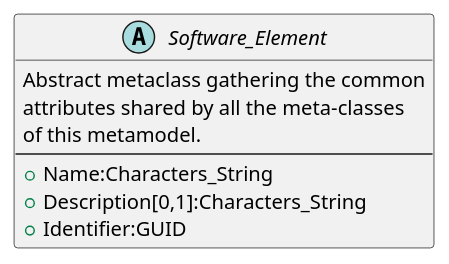
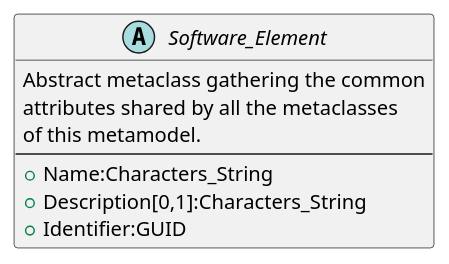
One commit to SanteyneEmbeddedSystems/Embedded_Software_Metamodel changed the diagram in Common_Elements/Metaclass_Software_Element.puml. Above: the diagram before and after it, drawn with PlantUML.

```diff
--- a/Common_Elements/Metaclass_Software_Element.puml
+++ b/Common_Elements/Metaclass_Software_Element.puml
@@ -1,14 +1,14 @@
 @startuml
 
 abstract class Software_Element
 {
   Abstract metaclass gathering the common
-  attributes shared by all the meta-classes
+  attributes shared by all the metaclasses
   of this metamodel.
   --
   + Name:Characters_String
   + Description[0,1]:Characters_String
   + Identifier:GUID
 }
 
 @enduml
```
